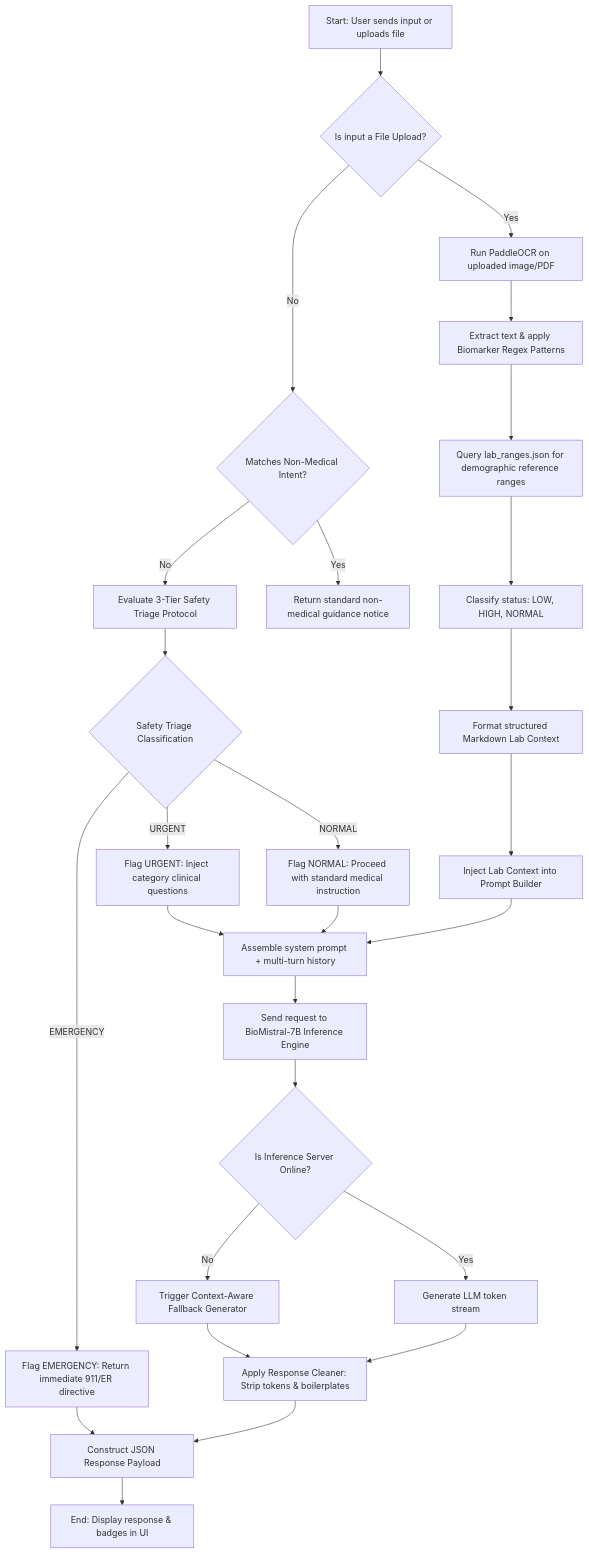
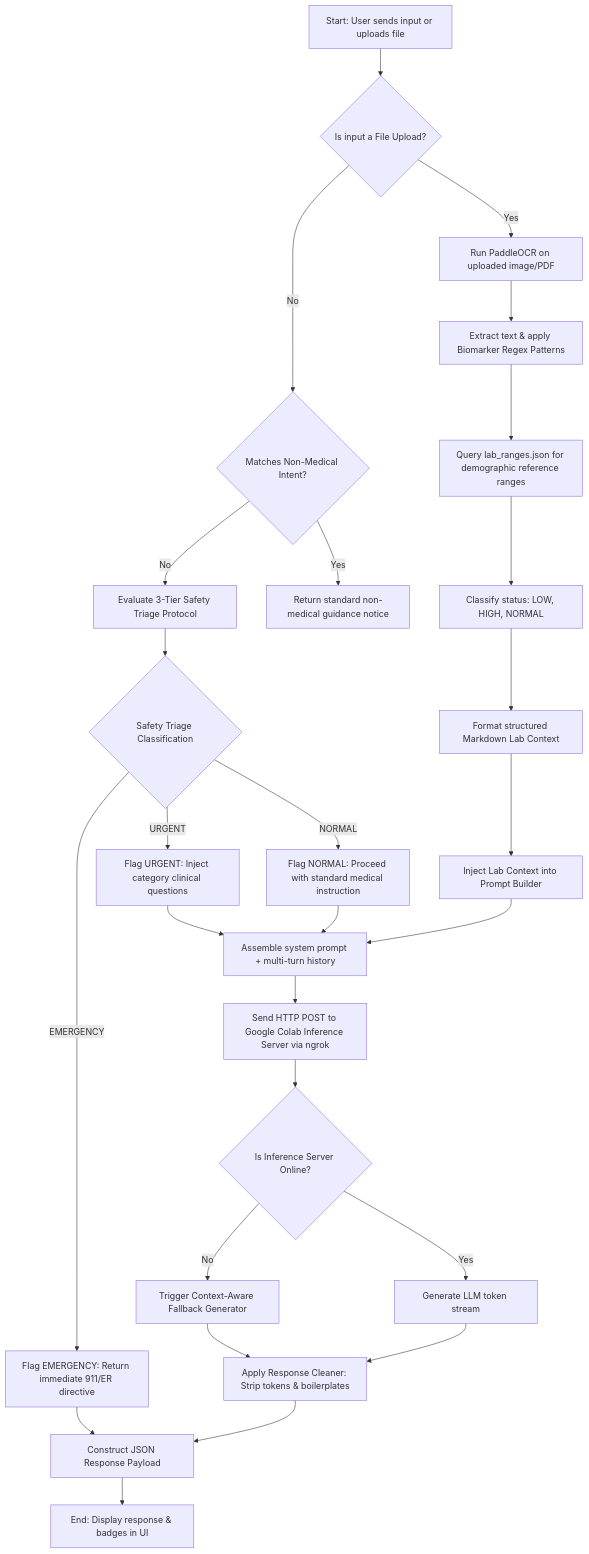
One commit to VaibhavK762/ai-telemedicine-chatbot changed the second of 5 diagrams in README.md. Above: the diagram before and after it, drawn with Mermaid. The commit also changed other lines of this file, not shown here.

````diff
--- a/README.md
+++ b/README.md
@@ -65,37 +65,37 @@
 ```mermaid
 flowchart TD
     A[Start: User sends input or uploads file] --> B{Is input a File Upload?}
     
     %% Lab Upload Path
     B -->|Yes| C[Run PaddleOCR on uploaded image/PDF]
     C --> D[Extract text & apply Biomarker Regex Patterns]
     D --> E[Query lab_ranges.json for demographic reference ranges]
     E --> F[Classify status: LOW, HIGH, NORMAL]
     F --> G[Format structured Markdown Lab Context]
     G --> H[Inject Lab Context into Prompt Builder]
     
     %% Text Chat Path
     B -->|No| I{Matches Non-Medical Intent?}
     I -->|Yes| J[Return standard non-medical guidance notice]
     I -->|No| K[Evaluate 3-Tier Safety Triage Protocol]
     
     K --> L{Safety Triage Classification}
     L -->|EMERGENCY| M[Flag EMERGENCY: Return immediate 911/ER directive]
     L -->|URGENT| N[Flag URGENT: Inject category clinical questions]
     L -->|NORMAL| O[Flag NORMAL: Proceed with standard medical instruction]
     
     N --> P[Assemble system prompt + multi-turn history]
     O --> P
     H --> P
     
-    P --> Q[Send request to BioMistral-7B Inference Engine]
+    P --> Q[Send HTTP POST to Google Colab Inference Server via ngrok]
     Q --> R{Is Inference Server Online?}
     R -->|No| S[Trigger Context-Aware Fallback Generator]
     R -->|Yes| T[Generate LLM token stream]
     
     S --> U[Apply Response Cleaner: Strip tokens & boilerplates]
     T --> U
     M --> V[Construct JSON Response Payload]
     U --> V
     V --> W[End: Display response & badges in UI]
 ```
````
